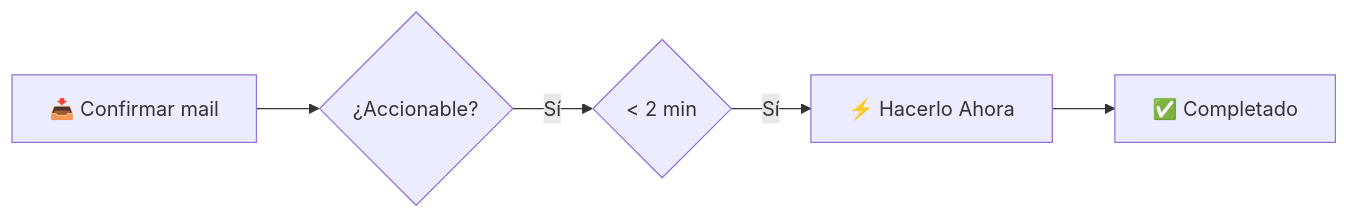
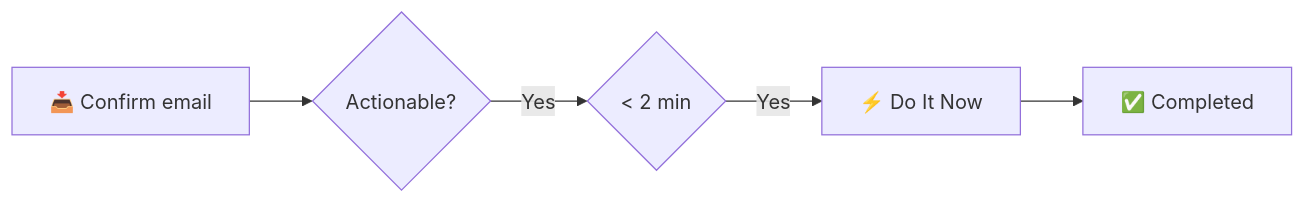
The fourth of 4 diagrams in USAGE.md (juanpanasiti/gtd-master), drawn with Mermaid before and after one commit. The commit also changed other lines of this file and 2 other files, not shown here.

````diff
--- a/USAGE.md
+++ b/USAGE.md
@@ -142,7 +142,7 @@
 ```mermaid
 graph LR
-    A[📥 Confirmar mail] --> B{¿Accionable?}
-    B -- Sí --> C{ < 2 min }
-    C -- Sí --> D[⚡ Hacerlo Ahora]
-    D --> E[✅ Completado]
+    A[📥 Confirm email] --> B{Actionable?}
+    B -- Yes --> C{ < 2 min }
+    C -- Yes --> D[⚡ Do It Now]
+    D --> E[✅ Completed]
 ```
````
